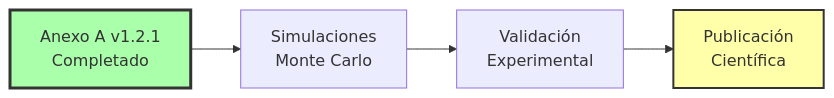
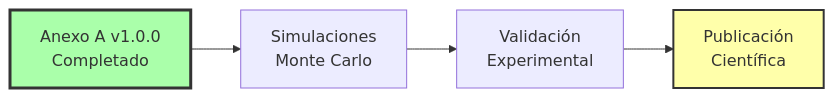
Before and after one commit to Robbbo-T/A-Q-U-A_V: diagram 25 of 44 in PRODUCT_LINES/QUANTUM/QUANTUM_SOFTWARE/CONCEPT/QNS_NAVIGATION/QUA-QNS01-25SVD0002-CON-BOB-R&I-TD-QCSAA-910-001-00-01-TPL-CON-101-QSCI-v1.2.0.md, drawn with Mermaid. The commit also changed other lines of this file, not shown here.

````diff
--- a/PRODUCT_LINES/QUANTUM/QUANTUM_SOFTWARE/CONCEPT/QNS_NAVIGATION/QUA-QNS01-25SVD0002-CON-BOB-R&I-TD-QCSAA-910-001-00-01-TPL-CON-101-QSCI-v1.2.0.md
+++ b/PRODUCT_LINES/QUANTUM/QUANTUM_SOFTWARE/CONCEPT/QNS_NAVIGATION/QUA-QNS01-25SVD0002-CON-BOB-R&I-TD-QCSAA-910-001-00-01-TPL-CON-101-QSCI-v1.2.0.md
@@ -1426,9 +1428,9 @@
 ```mermaid
 graph LR
-    A["Anexo A v1.2.1<br/>Completado"] --> B["Simulaciones<br/>Monte Carlo"]
+    A["Anexo A v1.0.0<br/>Completado"] --> B["Simulaciones<br/>Monte Carlo"]
     B --> C["Validación<br/>Experimental"]
     C --> D["Publicación<br/>Científica"]
     
     style A fill:#afa,stroke:#333,stroke-width:3px
     style D fill:#ffa,stroke:#333,stroke-width:2px
 ```
````
